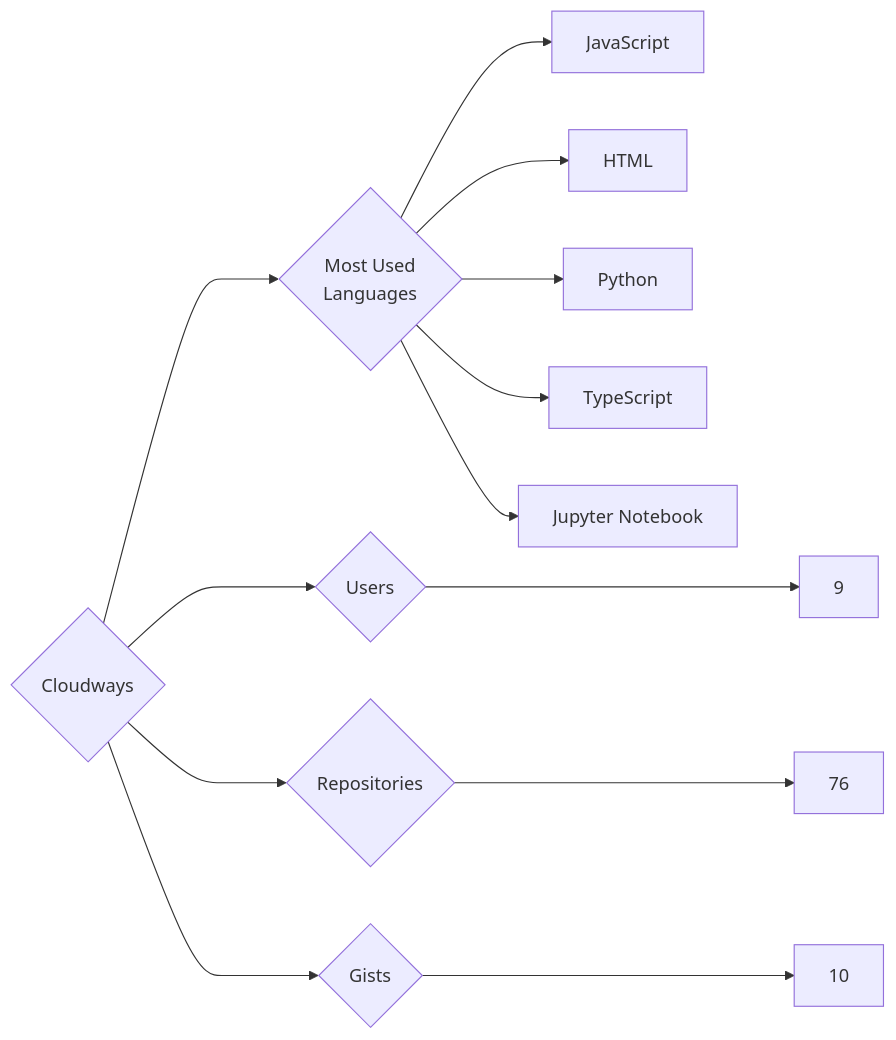
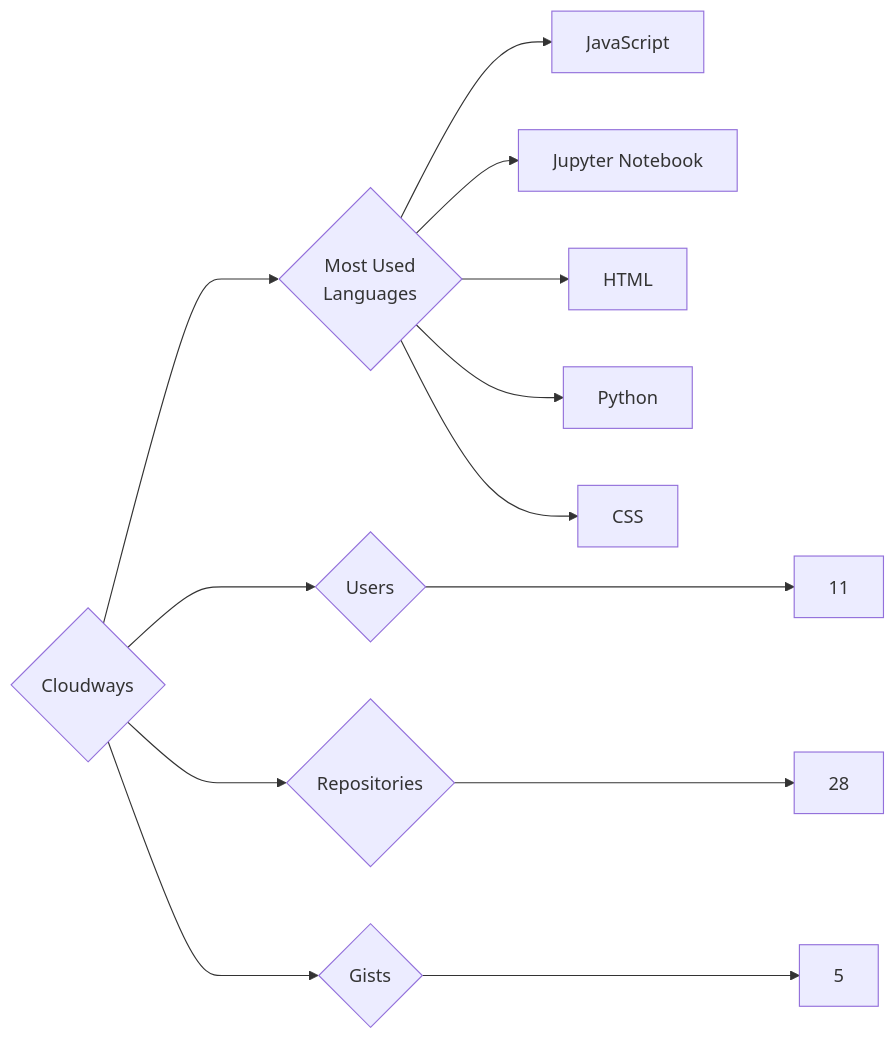
One commit to trickest/insiders changed the diagram in targets/Cloudways/README.md. Above: the diagram before and after it, drawn with Mermaid. The commit also changed 773 other files, not shown here.

````diff
--- a/targets/Cloudways/README.md
+++ b/targets/Cloudways/README.md
@@ -3,13 +3,13 @@
 ```mermaid
 graph LR
 COMPANY_NAME{Cloudways}
-COMPANY_NAME ---> U{Users} ---> UN[9]
-COMPANY_NAME ---> R{Repositories} ---> RN[76]
-COMPANY_NAME ---> G{Gists} ---> GN[10]
+COMPANY_NAME ---> U{Users} ---> UN[11]
+COMPANY_NAME ---> R{Repositories} ---> RN[28]
+COMPANY_NAME ---> G{Gists} ---> GN[5]
 COMPANY_NAME ---> ML{Most Used<br>Languages}
 ML --> JavaScript[JavaScript]
+ML --> Jupyter_Notebook[Jupyter Notebook]
 ML --> HTML[HTML]
 ML --> Python[Python]
-ML --> TypeScript[TypeScript]
-ML --> Jupyter_Notebook[Jupyter Notebook]
+ML --> CSS[CSS]
 ```
````
